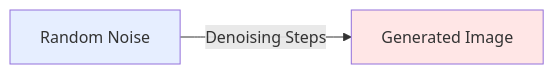
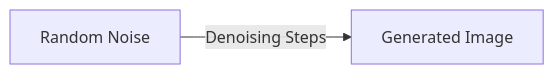
The third of 5 diagrams in english/20_10_Basic_concepts_of_generative_AI.md (CloudCityPress/aws-aif-c01), drawn with Mermaid before and after one commit. The commit also changed other lines of this file and 16 other files, not shown here.

Commit message:
updating Mermaids

````diff
--- a/english/20_10_Basic_concepts_of_generative_AI.md
+++ b/english/20_10_Basic_concepts_of_generative_AI.md
@@ -85,6 +76,4 @@
 ```mermaid
 flowchart LR
     A[Random Noise] -->|Denoising Steps| B[Generated Image]
-    style A fill:#e6eeff
-    style B fill:#ffe6e6
 ```
````
